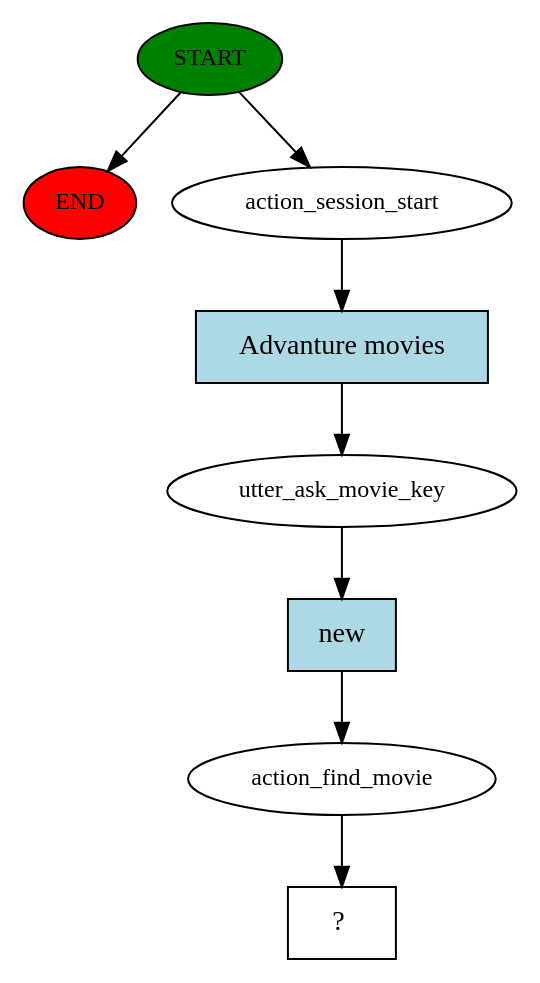
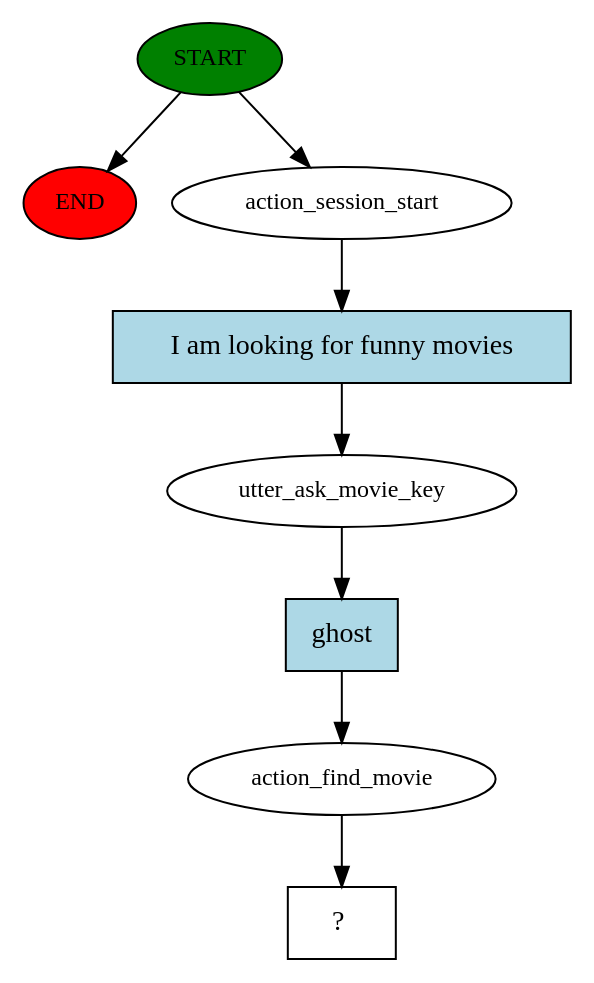
Before and after one commit to JJTam/COMP4461-Project2-Rasa-Chatbot: the diagram in chatbot/story_graph.dot, drawn with Graphviz. The commit also changed 4 other files, not shown here.

```diff
--- a/chatbot/story_graph.dot
+++ b/chatbot/story_graph.dot
@@ -1,17 +1,17 @@
 digraph  {
 0 [class="start active", fillcolor=green, fontsize=12, label=START, style=filled];
 "-1" [class=end, fillcolor=red, fontsize=12, label=END, style=filled];
 1 [class=active, fontsize=12, label=action_session_start];
 2 [class=active, fontsize=12, label=utter_ask_movie_key];
 3 [class=active, fontsize=12, label=action_find_movie];
 4 [class="intent dashed active", label="  ?  ", shape=rect];
-5 [class="intent active", fillcolor=lightblue, label="Advanture movies", shape=rect, style=filled];
-6 [class="intent active", fillcolor=lightblue, label=new, shape=rect, style=filled];
+5 [class="intent active", fillcolor=lightblue, label="I am looking for funny movies", shape=rect, style=filled];
+6 [class="intent active", fillcolor=lightblue, label=ghost, shape=rect, style=filled];
 0 -> "-1"  [class="", key=NONE, label=""];
 0 -> 1  [class=active, key=NONE, label=""];
 1 -> 5  [class=active, key=0];
 2 -> 6  [class=active, key=0];
 3 -> 4  [class=active, key=NONE, label=""];
 5 -> 2  [class=active, key=0];
 6 -> 3  [class=active, key=0];
 }
```
